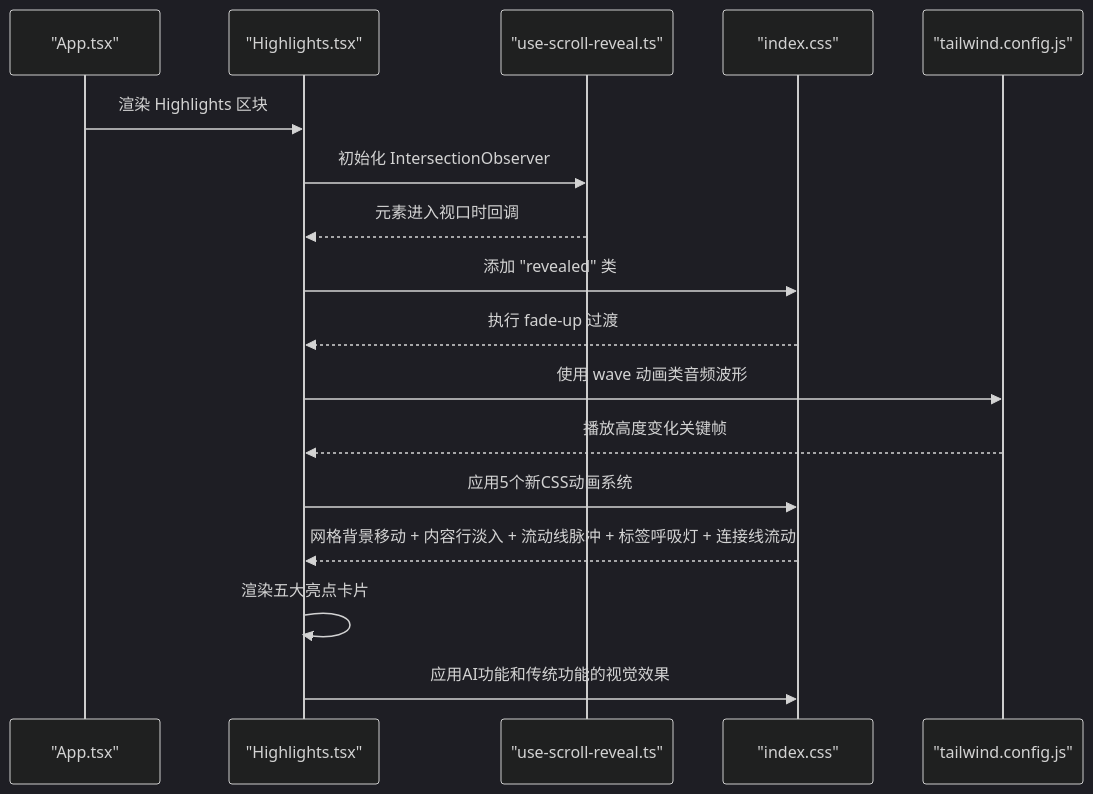
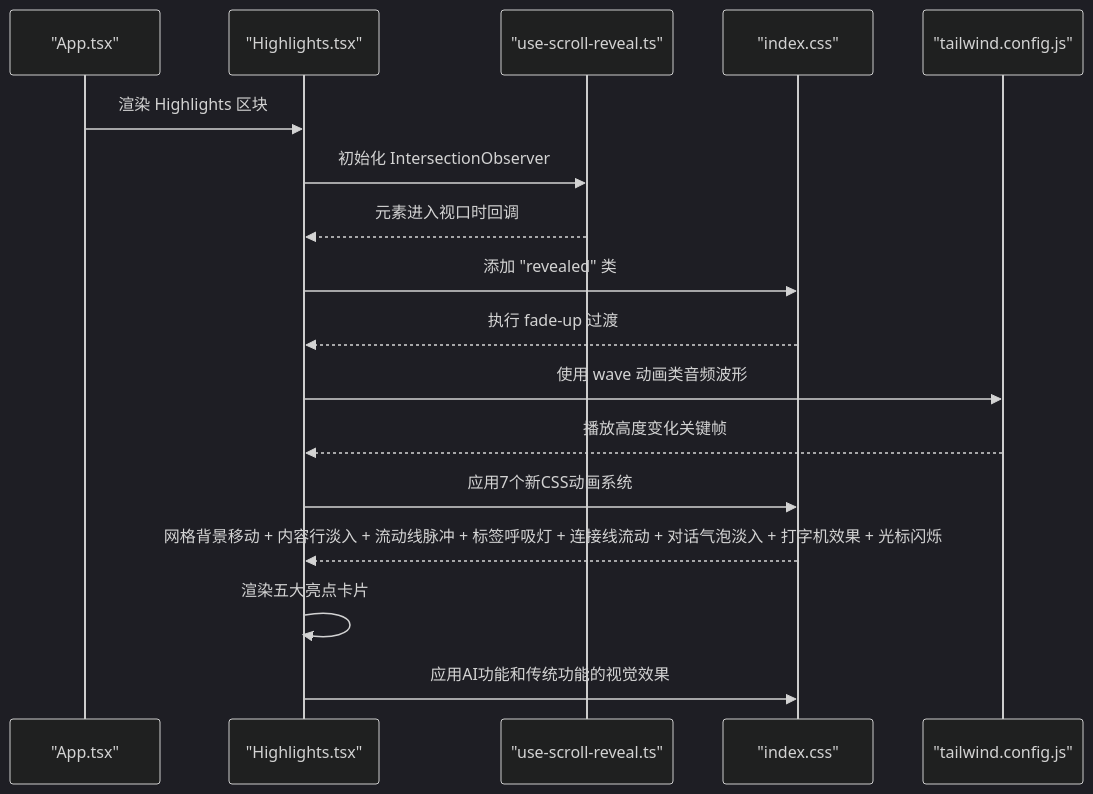
The second of 5 diagrams in .qoder/repowiki/zh/content/架构设计/组件架构/页面组件/Highlights组件.md (Primoguo/naolizhi.cn), drawn with Mermaid (dark theme) before and after one commit. The commit also changed other lines of this file and 23 other files, not shown here.

````diff
--- a/.qoder/repowiki/zh/content/架构设计/组件架构/页面组件/Highlights组件.md
+++ b/.qoder/repowiki/zh/content/架构设计/组件架构/页面组件/Highlights组件.md
@@ -131,19 +137,19 @@
 ```mermaid
 sequenceDiagram
 participant App as "App.tsx"
 participant Sec as "Highlights.tsx"
 participant Hook as "use-scroll-reveal.ts"
 participant CSS as "index.css"
 participant TW as "tailwind.config.js"
 App->>Sec : 渲染 Highlights 区块
 Sec->>Hook : 初始化 IntersectionObserver
 Hook-->>Sec : 元素进入视口时回调
 Sec->>CSS : 添加 "revealed" 类
 CSS-->>Sec : 执行 fade-up 过渡
 Sec->>TW : 使用 wave 动画类音频波形
 TW-->>Sec : 播放高度变化关键帧
-Sec->>CSS : 应用5个新CSS动画系统
-CSS-->>Sec : 网格背景移动 + 内容行淡入 + 流动线脉冲 + 标签呼吸灯 + 连接线流动
+Sec->>CSS : 应用7个新CSS动画系统
+CSS-->>Sec : 网格背景移动 + 内容行淡入 + 流动线脉冲 + 标签呼吸灯 + 连接线流动 + 对话气泡淡入 + 打字机效果 + 光标闪烁
 Sec->>Sec : 渲染五大亮点卡片
 Sec->>CSS : 应用AI功能和传统功能的视觉效果
 ```
````
